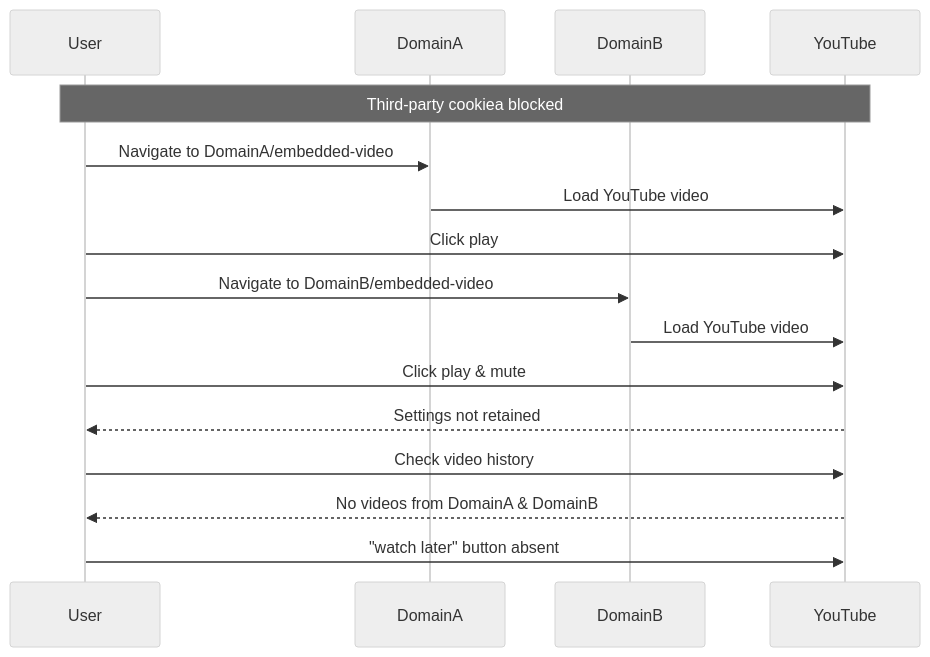
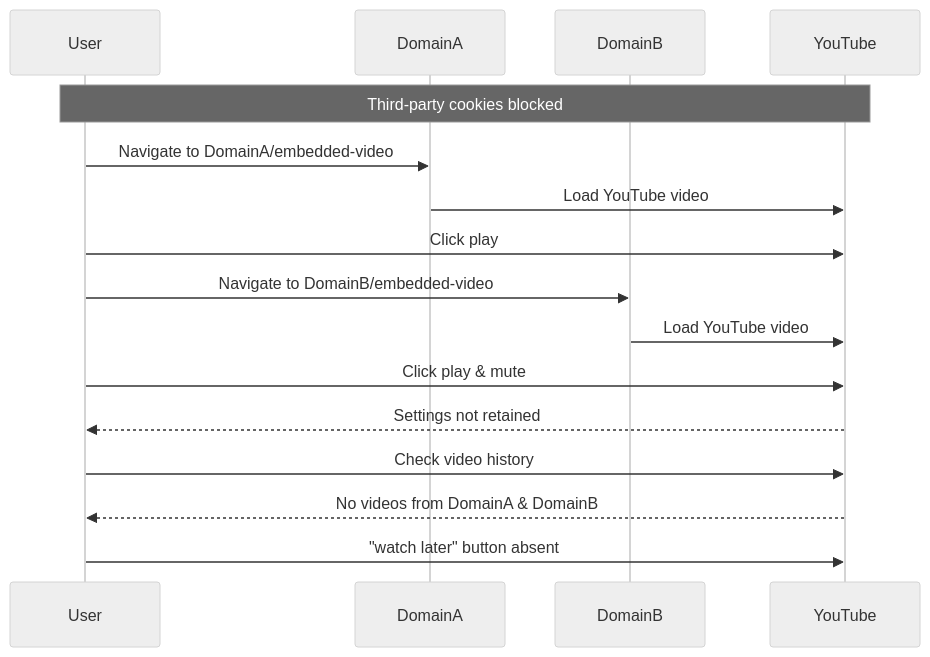
One commit to rtCamp/ps-analysis-tool-wiki changed the seventh of 7 diagrams in Example-Analysis-Scenarios.md. Above: the diagram before and after it, drawn with Mermaid (neutral theme). The commit also changed other lines of this file, not shown here.

````diff
--- a/Example-Analysis-Scenarios.md
+++ b/Example-Analysis-Scenarios.md
@@ -330,23 +330,23 @@
 ```mermaid
 sequenceDiagram
     participant User
     participant DomainA
     participant DomainB
     participant YouTube
 
- Note over User,YouTube: Third-party cookiea blocked
+ Note over User,YouTube: Third-party cookies blocked
 
     User->>DomainA: Navigate to DomainA/embedded-video
     DomainA->>YouTube: Load YouTube video
     User->>YouTube: Click play
 
     User->>DomainB: Navigate to DomainB/embedded-video
     DomainB->>YouTube: Load YouTube video
     User->>YouTube: Click play & mute
     YouTube-->>User: Settings not retained
 
     User->>YouTube: Check video history
     YouTube-->>User: No videos from DomainA & DomainB
 
     User->>YouTube: "watch later" button absent
 ```
````
